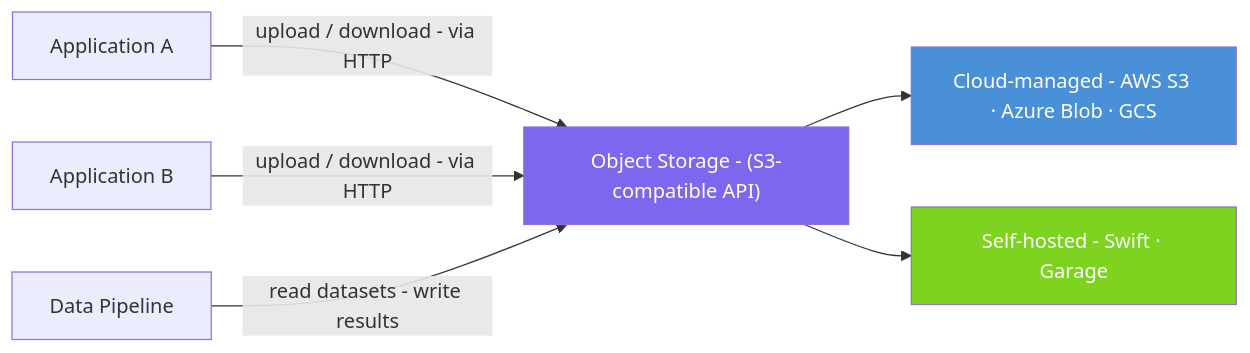
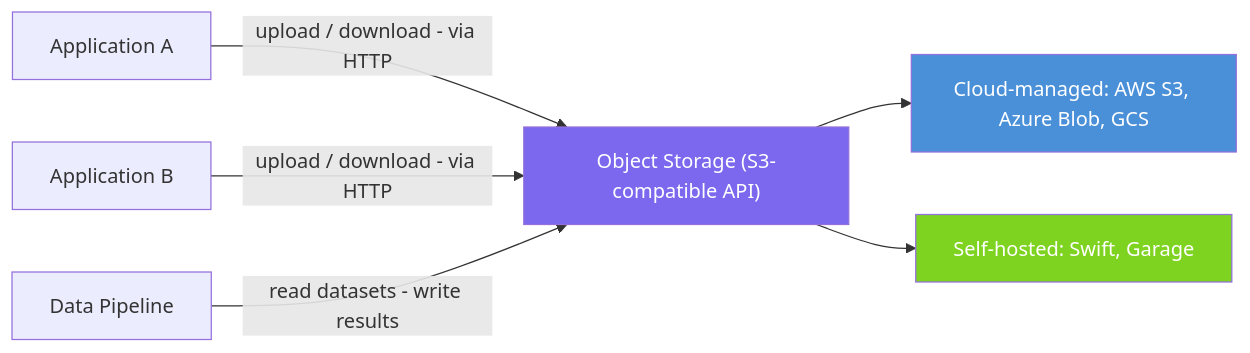
Before and after one commit to abecam/DeKCD-DMOnTheCloud: the fourth of 5 diagrams in pages/Data_storage.qmd, drawn with Mermaid. The commit also changed other lines of this file and 3 other files, not shown here.

````diff
--- a/pages/Data_storage.qmd
+++ b/pages/Data_storage.qmd
@@ -201,20 +201,20 @@
 ```{mermaid}
 flowchart LR
     App1[Application A]
     App2[Application B]
     App3[Data Pipeline]
 
-    OS["Object Storage - (S3-compatible API)"]
-    CLD["Cloud-managed - AWS S3 · Azure Blob · GCS"]
-    SH["Self-hosted - Swift · Garage"]
+    OS["Object Storage (S3-compatible API)"]
+    CLD["Cloud-managed: AWS S3, Azure Blob, GCS"]
+    SH["Self-hosted: Swift, Garage"]
 
     App1 -->|"upload / download - via HTTP"| OS
     App2 -->|"upload / download - via HTTP"| OS
     App3 -->|"read datasets - write results"| OS
     OS --> CLD
     OS --> SH
 
     style OS fill:#7B68EE,color:#fff
     style CLD fill:#4A90D9,color:#fff
     style SH fill:#7ED321,color:#fff
 ```
````
